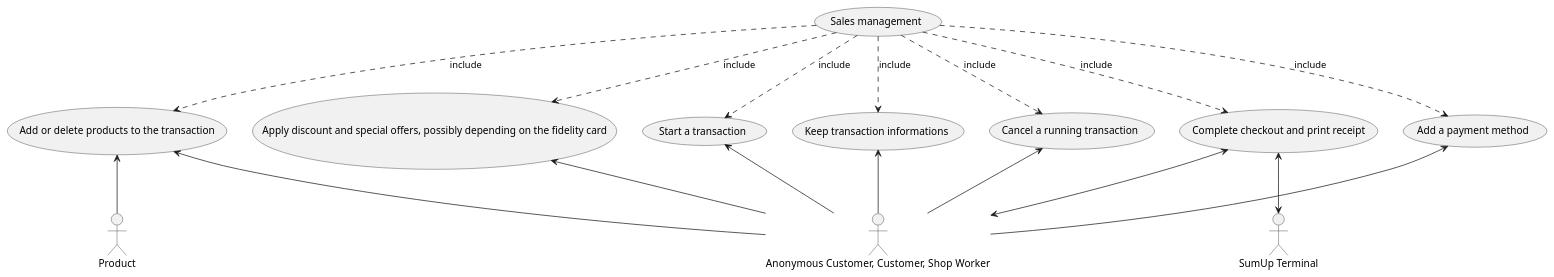
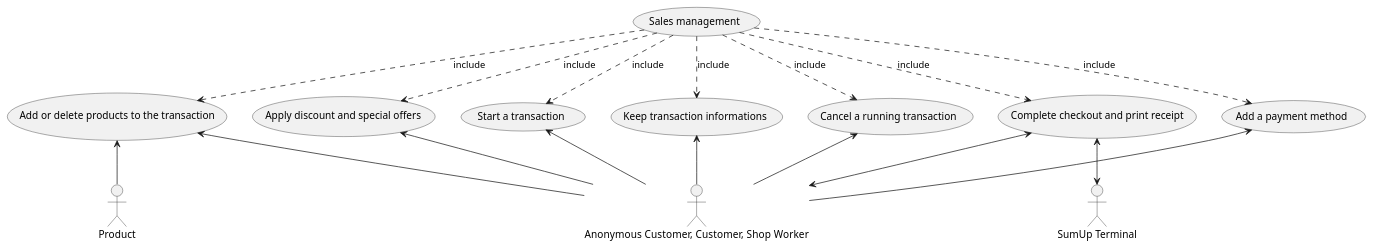
Before and after one commit to polito-se2-21-r03/se1-ezshop: the fourth of 12 diagrams in Deliverables/RequirementsDocument.md, drawn with PlantUML.

Commit message:
Fixed overflow

````diff
--- a/Deliverables/RequirementsDocument.md
+++ b/Deliverables/RequirementsDocument.md
@@ -269,36 +269,36 @@
 ```plantuml
 "Anonymous Customer, Customer, Shop Worker" as ACCSW
 "SumUp Terminal" as SumUpTerminal
 "Product" as Product
 
 (Sales management) as FR3
 
 (Start a transaction) as UC3.1
 (Add or delete products to the transaction) as UC3.2
 (Cancel a running transaction) as UC3.3
 (Add a payment method) as UC3.4
-(Apply discount and special offers, possibly depending on the fidelity card) as UC3.5
+(Apply discount and special offers) as UC3.5
 (Complete checkout and print receipt) as UC3.6
 (Keep transaction informations) as UC3.7
 
 /' Sale transactions management (UC3.1, UC3.2, UC3.3, UC3.4, UC3.5, UC3.6, UC3.7,) '/
 FR3 ..> UC3.1 :include
 FR3 ..> UC3.2 :include
 FR3 ..> UC3.3 :include
 FR3 ..> UC3.4 :include
 FR3 ..> UC3.5 :include
 FR3 ..> UC3.6 :include
 FR3 ..> UC3.7 :include
 
 UC3.1 <-- ACCSW
 UC3.2 <-- ACCSW
 UC3.3 <-- ACCSW
 UC3.4 <-- ACCSW
 UC3.5 <-- ACCSW
 UC3.6 <--> ACCSW
 UC3.7 <-- ACCSW
 
 UC3.6 <--> SumUpTerminal
 
 UC3.2 <-- Product
 ```
````
